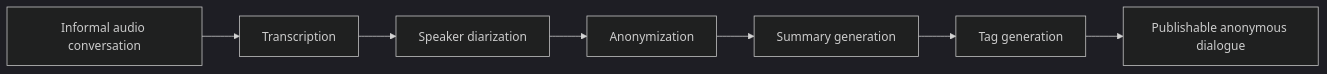
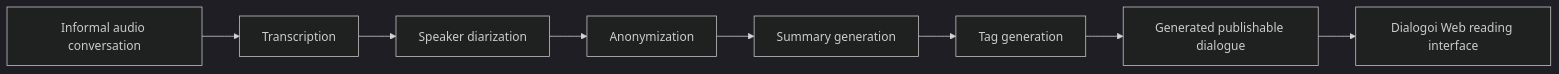
The first of 2 diagrams in README.md (rckbrcls/dialogoi-web), drawn with Mermaid (dark theme) before and after one commit. The commit also changed other lines of this file, not shown here.

Commit message:
docs: clarify transcript model interface

````diff
--- a/README.md
+++ b/README.md
@@ -33,9 +40,10 @@
 ```mermaid
 flowchart LR
   A["Informal audio conversation"] --> B["Transcription"]
   B --> C["Speaker diarization"]
   C --> D["Anonymization"]
   D --> E["Summary generation"]
   E --> F["Tag generation"]
-  F --> G["Publishable anonymous dialogue"]
+  F --> G["Generated publishable dialogue"]
+  G --> H["Dialogoi Web reading interface"]
 ```
````
